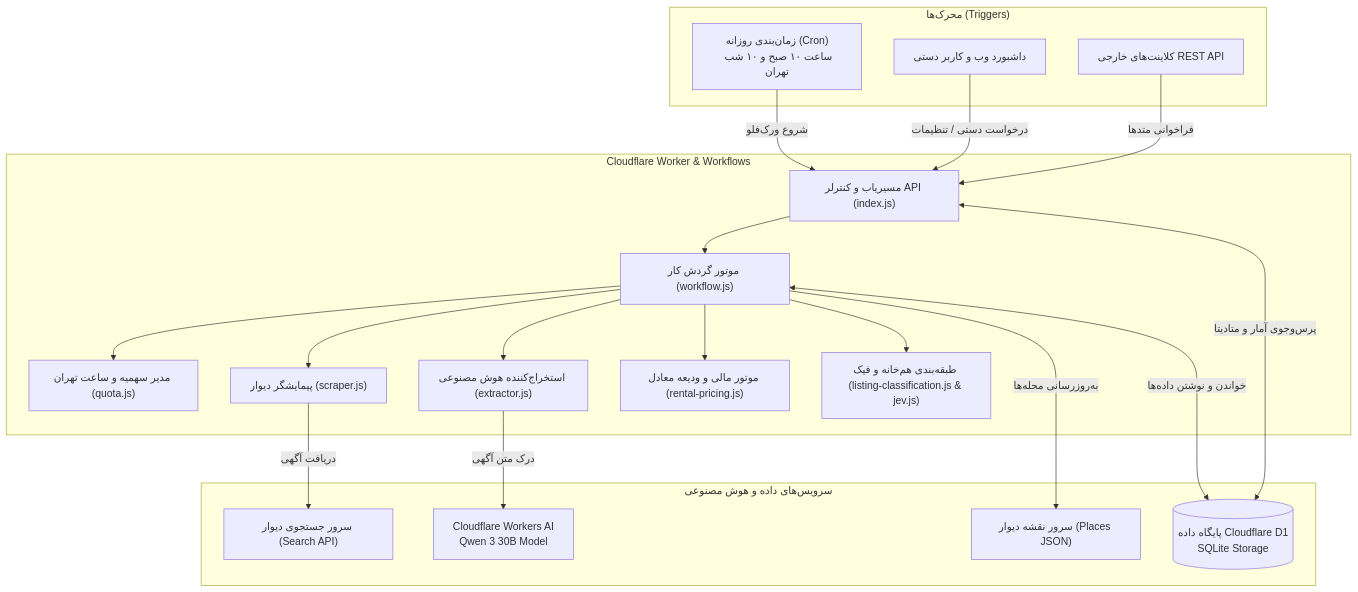
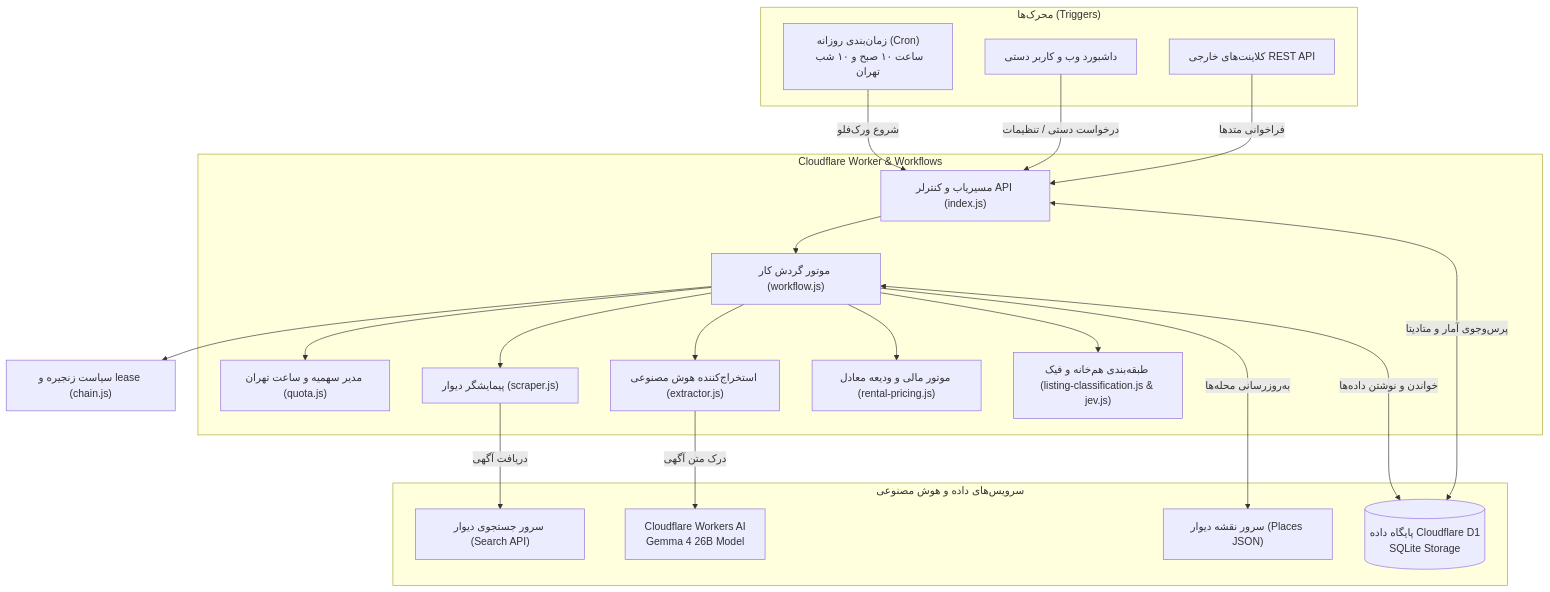
The first of 6 diagrams in DOCUMENTATION_FA.md (f4r6d/divar-housing-finder), drawn with Mermaid before and after one commit. The commit also changed other lines of this file and 3 other files, not shown here.

````diff
--- a/DOCUMENTATION_FA.md
+++ b/DOCUMENTATION_FA.md
@@ -66,42 +68,44 @@
 ```mermaid
 flowchart TD
     subgraph Triggers ["محرک‌ها (Triggers)"]
         CronTrigger["زمان‌بندی روزانه (Cron)<br/>ساعت ۱۰ صبح و ۱۰ شب تهران"]
         UserDashboard["داشبورد وب و کاربر دستی"]
         ApiCaller["کلاینت‌های خارجی REST API"]
     end
 
     subgraph EdgeWorker ["Cloudflare Worker & Workflows"]
         Router["مسیریاب و کنترلر API (index.js)"]
         WorkflowEngine["موتور گردش کار (workflow.js)"]
         QuotaManager["مدیر سهمیه و ساعت تهران (quota.js)"]
         ScraperModule["پیمایشگر دیوار (scraper.js)"]
         AIExtractor["استخراج‌کننده هوش مصنوعی (extractor.js)"]
         PricingEngine["موتور مالی و ودیعه معادل (rental-pricing.js)"]
         Classifier["طبقه‌بندی هم‌خانه و فیک (listing-classification.js & jev.js)"]
     end
 
     subgraph StorageAI ["سرویس‌های داده و هوش مصنوعی"]
         D1DB[("پایگاه داده Cloudflare D1<br/>SQLite Storage")]
-        WorkersAI["Cloudflare Workers AI<br/>Qwen 3 30B Model"]
+        WorkersAI["Cloudflare Workers AI<br/>Gemma 4 26B Model"]
         DivarCDN["سرور نقشه دیوار (Places JSON)"]
         DivarAPI["سرور جستجوی دیوار (Search API)"]
     end
 
     CronTrigger -->|شروع ورک‌فلو| Router
     UserDashboard -->|درخواست دستی / تنظیمات| Router
     ApiCaller -->|فراخوانی متدها| Router
 
+    ChainPolicy["سیاست زنجیره و lease (chain.js)"]
+    WorkflowEngine --> ChainPolicy
     Router --> WorkflowEngine
     WorkflowEngine --> QuotaManager
     WorkflowEngine --> ScraperModule
     WorkflowEngine --> AIExtractor
     WorkflowEngine --> PricingEngine
     WorkflowEngine --> Classifier
 
     ScraperModule -->|دریافت آگهی| DivarAPI
     WorkflowEngine -->|به‌روزرسانی محله‌ها| DivarCDN
     AIExtractor -->|درک متن آگهی| WorkersAI
     WorkflowEngine <-->|خواندن و نوشتن داده‌ها| D1DB
     Router <-->|پرس‌وجوی آمار و متادیتا| D1DB
 ```
````
